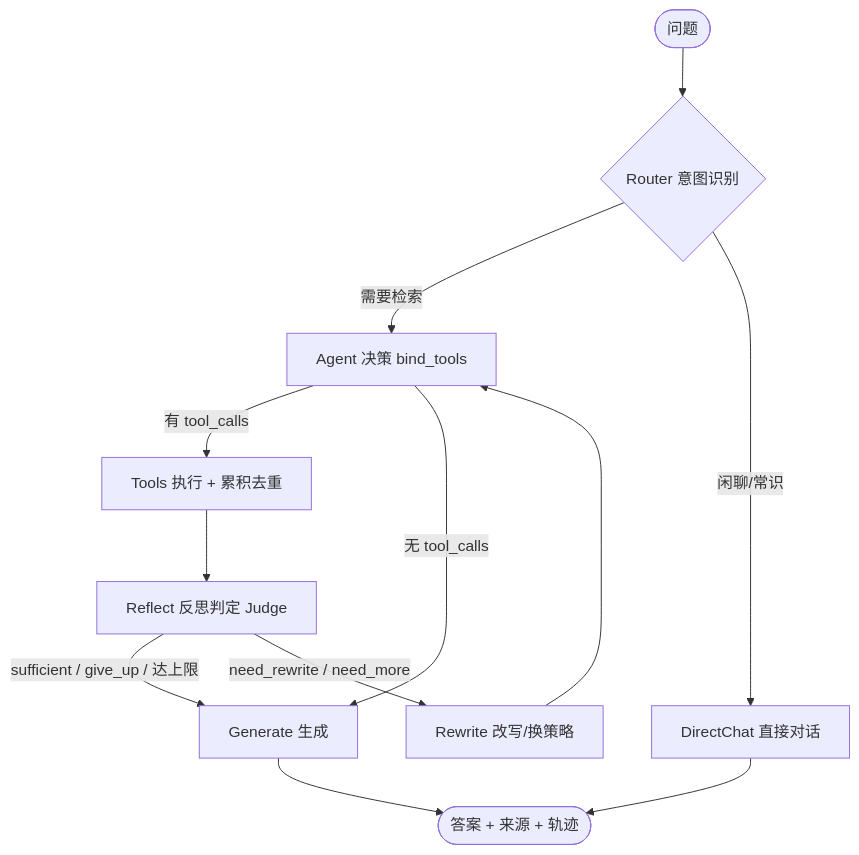
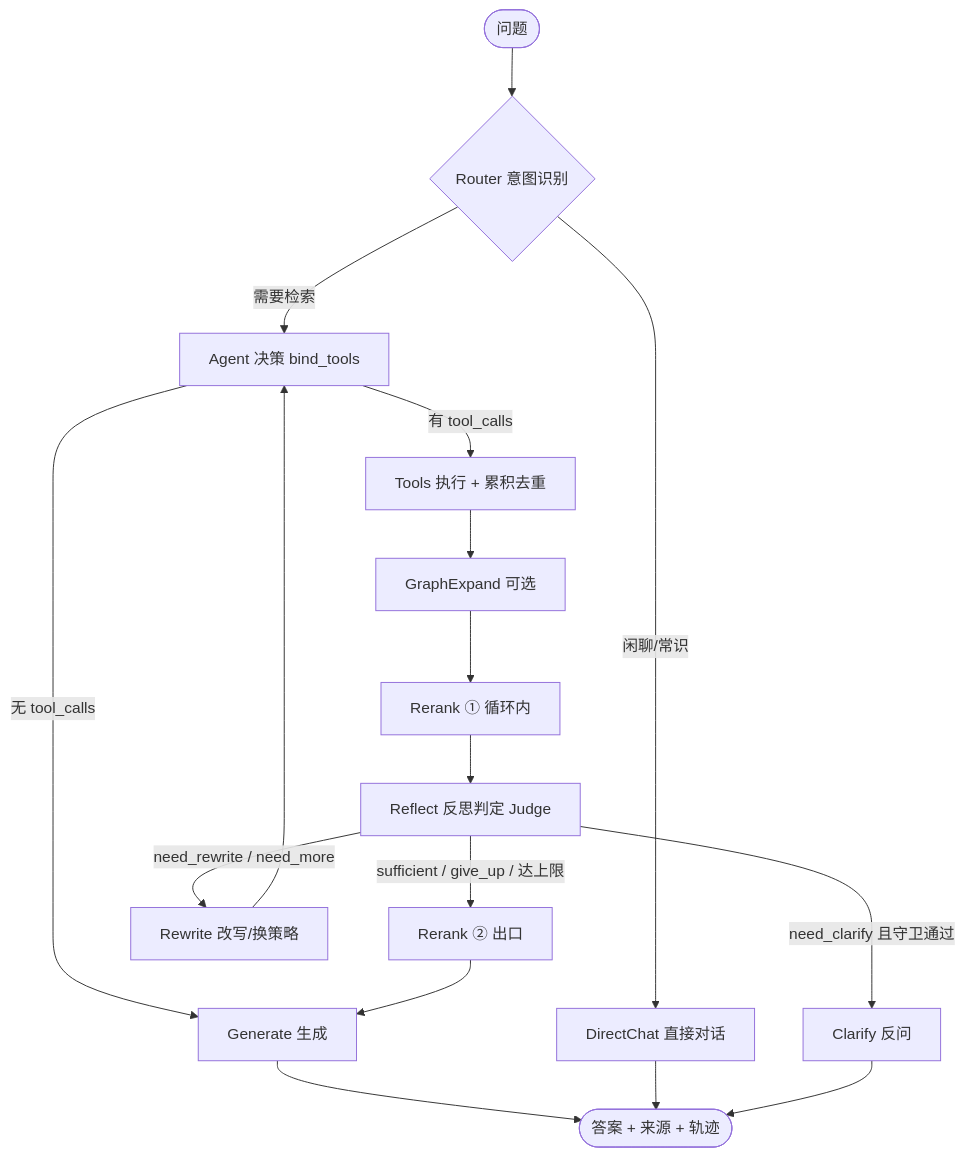
One commit to YanzheShi/note-assistant changed the second of 2 diagrams in README.md. Above: the diagram before and after it, drawn with Mermaid. The commit also changed other lines of this file and 5 other files, not shown here.

````diff
--- a/README.md
+++ b/README.md
@@ -113,14 +190,19 @@
 ```mermaid
 flowchart TD
     Q([问题]) --> R{Router 意图识别}
     R -- 需要检索 --> A[Agent 决策 bind_tools]
     R -- 闲聊/常识 --> DC[DirectChat 直接对话]
     A -- 有 tool_calls --> T[Tools 执行 + 累积去重]
     A -- 无 tool_calls --> G[Generate 生成]
-    T --> RF[Reflect 反思判定 Judge]
-    RF -- sufficient / give_up / 达上限 --> G
+    T --> GE[GraphExpand 可选]
+    GE --> RL[Rerank ① 循环内]
+    RL --> RF[Reflect 反思判定 Judge]
+    RF -- sufficient / give_up / 达上限 --> RE[Rerank ② 出口]
     RF -- need_rewrite / need_more --> RW[Rewrite 改写/换策略]
+    RF -- need_clarify 且守卫通过 --> CL[Clarify 反问]
     RW --> A
+    RE --> G
     G --> END([答案 + 来源 + 轨迹])
     DC --> END
+    CL --> END
 ```
````
